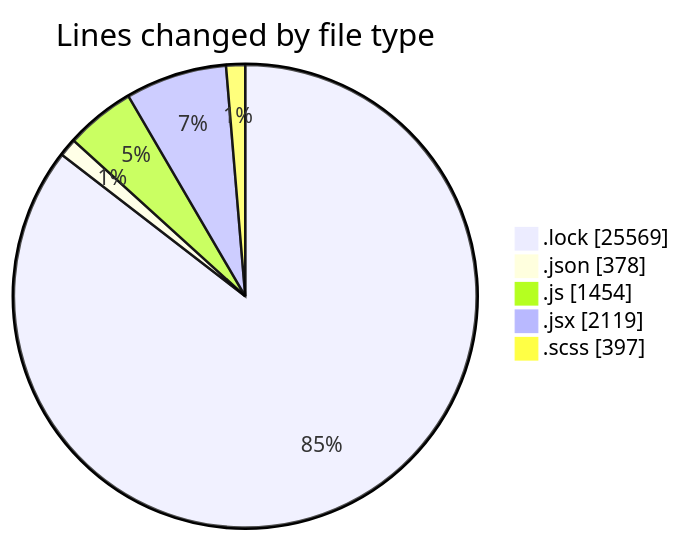
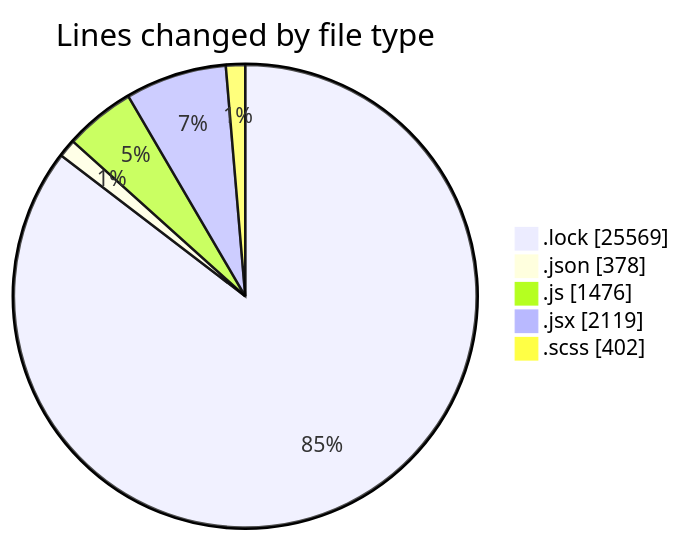
Before and after one commit to momahboobian/code-tracking: the first of 2 diagrams in 2026-01-07/cda/README.md, drawn with Mermaid. The commit also changed other lines of this file and 1 other file, not shown here.

````diff
--- a/2026-01-07/cda/README.md
+++ b/2026-01-07/cda/README.md
@@ -50,9 +50,9 @@
 ```mermaid
 pie showData
 title Lines changed by file type
 ".lock" : 25569
 ".json" : 378
-".js" : 1454
+".js" : 1476
 ".jsx" : 2119
-".scss" : 397
+".scss" : 402
 ```
````
